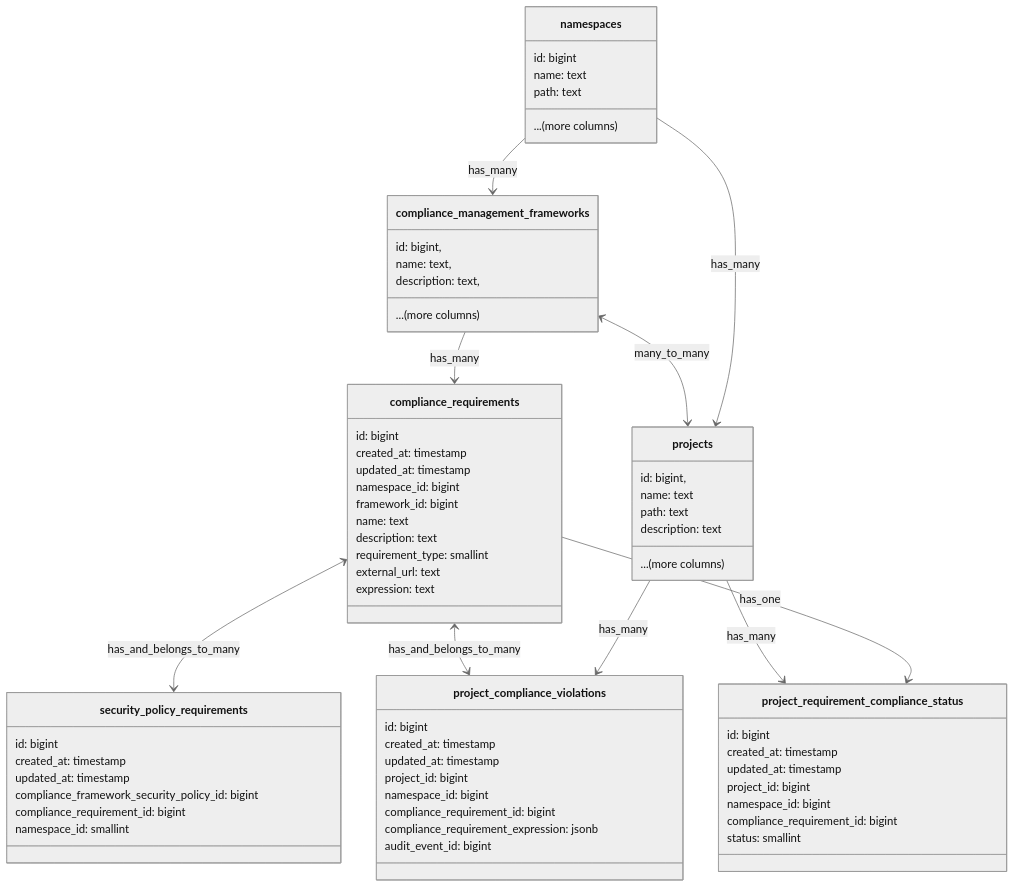
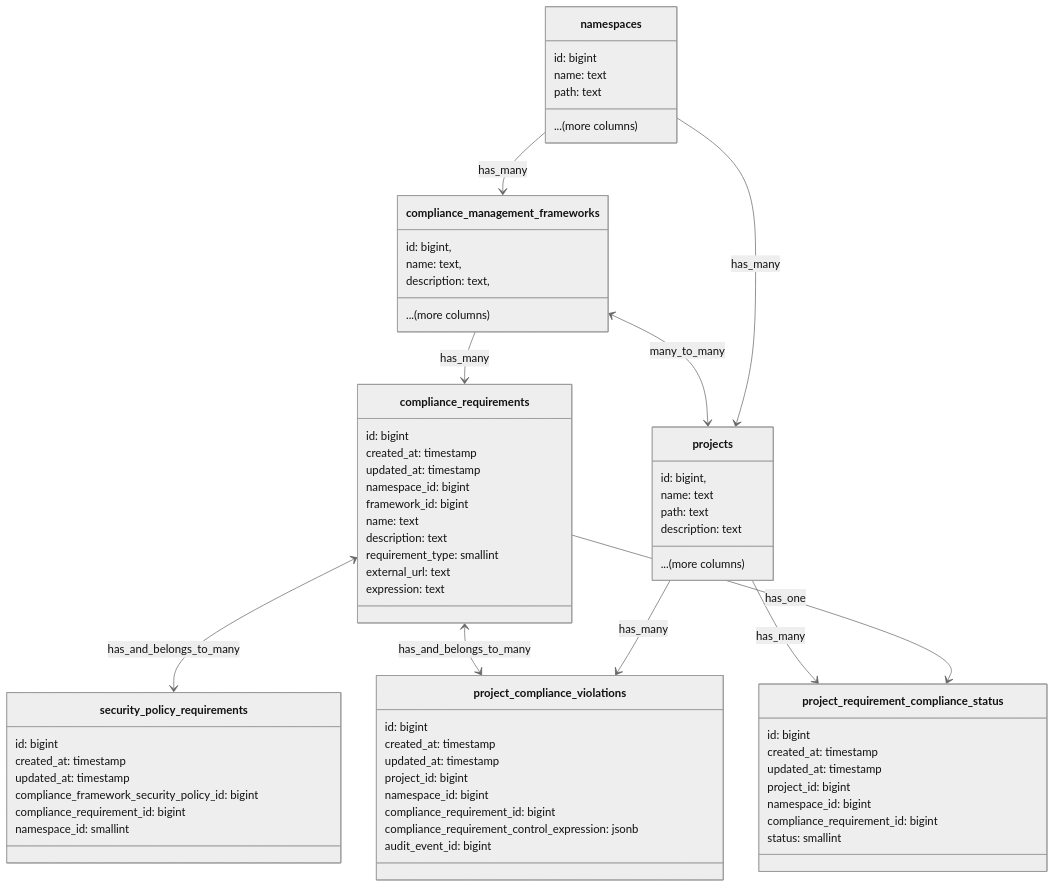
The diagram in content/handbook/engineering/architecture/design-documents/compliance-frameworks/decisions/005_violations_engine.md (zalyoung/gitlab-handbook), drawn with Mermaid (neutral theme) before and after one commit. The commit also changed 1 other file, not shown here.

Commit message:
Split expression column for controls

````diff
--- a/content/handbook/engineering/architecture/design-documents/compliance-frameworks/decisions/005_violations_engine.md
+++ b/content/handbook/engineering/architecture/design-documents/compliance-frameworks/decisions/005_violations_engine.md
@@ -41,75 +41,75 @@
 ```mermaid
 classDiagram
 class namespaces {
     id: bigint
     name: text
     path: text
     ...(more columns)
 }
 class projects {
     id: bigint,
     name: text
     path: text
     description: text
     ...(more columns)
 }
 class compliance_management_frameworks {
     id: bigint,
     name: text,
     description: text,
     ...(more columns)
 }
 
 class compliance_requirements {
     id: bigint
     created_at: timestamp
     updated_at: timestamp
     namespace_id: bigint
     framework_id: bigint
     name: text
     description: text
     requirement_type: smallint
     external_url: text
     expression: text
 }
 
 class project_requirement_compliance_status {
     id: bigint
     created_at: timestamp
     updated_at: timestamp
     project_id: bigint
     namespace_id: bigint
     compliance_requirement_id: bigint
     status: smallint
 }
 
 class security_policy_requirements {
     id: bigint
     created_at: timestamp
     updated_at: timestamp
     compliance_framework_security_policy_id: bigint
     compliance_requirement_id: bigint
     namespace_id: smallint
 }
 
 class project_compliance_violations {
     id: bigint
     created_at: timestamp
     updated_at: timestamp
     project_id: bigint
     namespace_id: bigint
     compliance_requirement_id: bigint
-    compliance_requirement_expression: jsonb
+    compliance_requirement_control_expression: jsonb
     audit_event_id: bigint
 }
 
 compliance_management_frameworks --> compliance_requirements : has_many
 compliance_management_frameworks <--> projects : many_to_many
 compliance_requirements <--> security_policy_requirements : has_and_belongs_to_many
 compliance_requirements <--> project_compliance_violations : has_and_belongs_to_many
 projects <-- namespaces : has_many
 namespaces --> compliance_management_frameworks : has_many
 projects --> project_requirement_compliance_status : has_many
 projects --> project_compliance_violations : has_many
 compliance_requirements --> project_requirement_compliance_status : has_one
 ```
````
